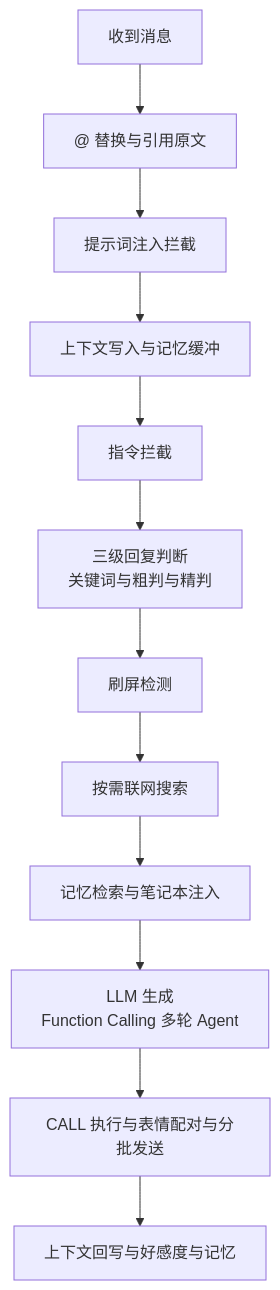
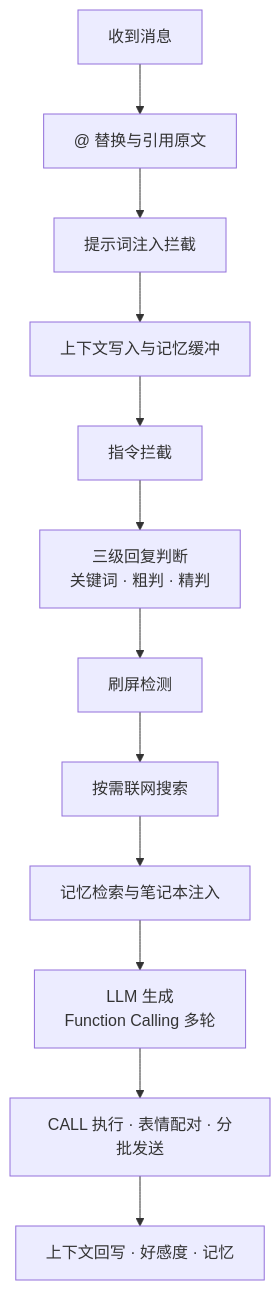
Before and after one commit to Trusler258/huanmeng-qqbot: the fourth of 4 diagrams in README.md, drawn with Mermaid. The commit also changed other lines of this file, not shown here.

First line of the commit message:
docs(readme): 去 AI 味重写 + 补全指令清单 + 扩记忆导图 + 修 URL 转义

````diff
--- a/README.md
+++ b/README.md
@@ -347,14 +326,14 @@
 ```mermaid
 flowchart TB
     A["收到消息"] --> B["@ 替换与引用原文"]
     B --> C["提示词注入拦截"]
     C --> D["上下文写入与记忆缓冲"]
     D --> E["指令拦截"]
-    E --> F["三级回复判断<br/>关键词与粗判与精判"]
+    E --> F["三级回复判断<br/>关键词 · 粗判 · 精判"]
     F --> G["刷屏检测"]
     G --> H["按需联网搜索"]
     H --> I["记忆检索与笔记本注入"]
-    I --> J["LLM 生成<br/>Function Calling 多轮 Agent"]
-    J --> K["CALL 执行与表情配对与分批发送"]
-    K --> L["上下文回写与好感度与记忆"]
+    I --> J["LLM 生成<br/>Function Calling 多轮"]
+    J --> K["CALL 执行 · 表情配对 · 分批发送"]
+    K --> L["上下文回写 · 好感度 · 记忆"]
 ```
````
